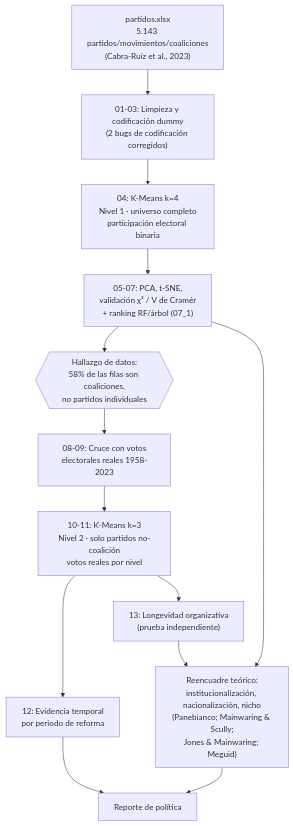
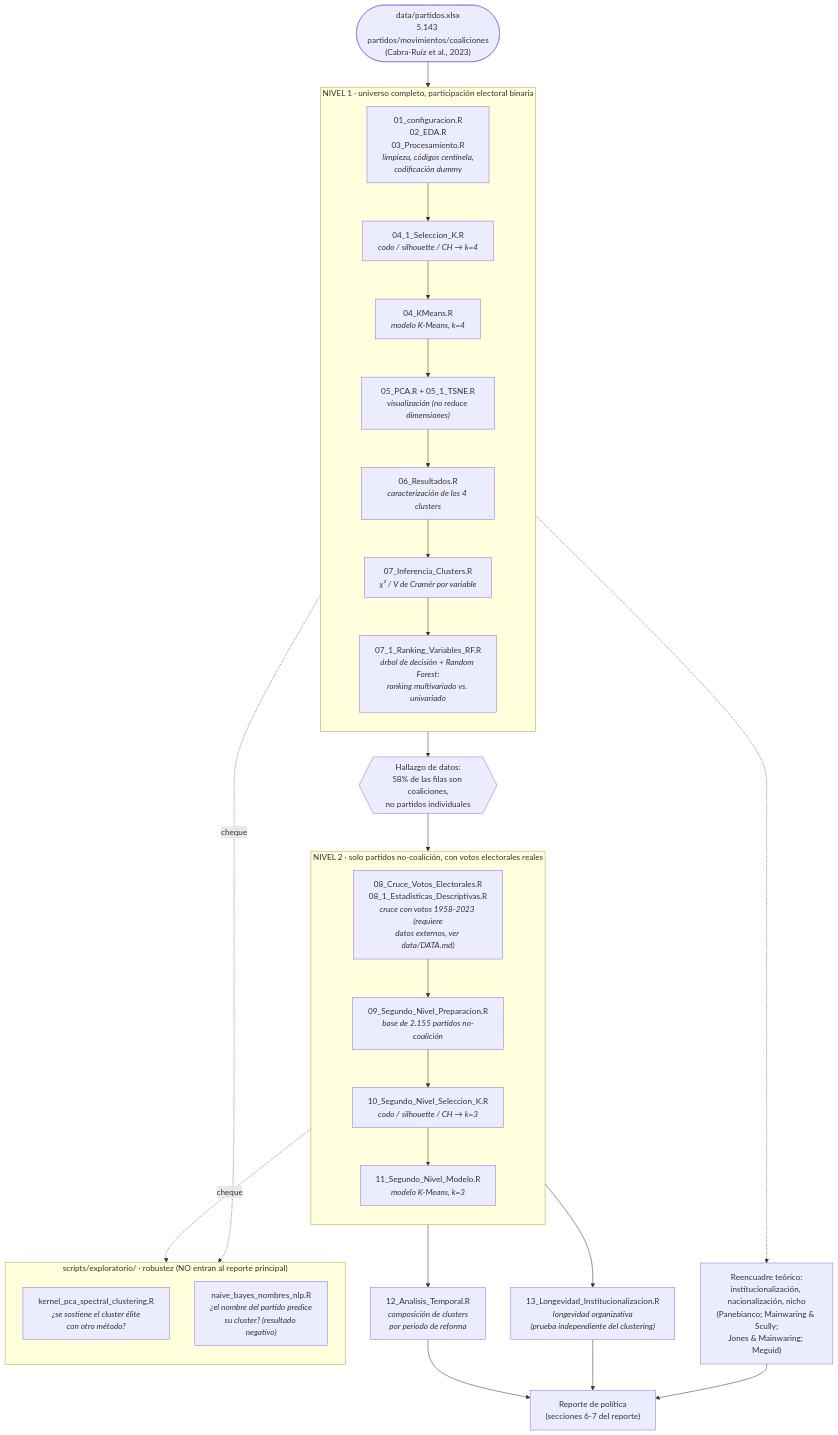
One commit to andrezconz/curso-machine-learning-2026-tf changed the diagram in README.md. Above: the diagram before and after it, drawn with Mermaid. The commit also changed other lines of this file and 2 other files, not shown here.

Commit message:
Generar Markdown

````diff
--- a/README.md
+++ b/README.md
@@ -75,15 +78,49 @@
 ```mermaid
 flowchart TD
-    A["partidos.xlsx<br/>5.143 partidos/movimientos/coaliciones<br/>(Cabra-Ruíz et al., 2023)"] --> B["01-03: Limpieza y codificación dummy<br/>(2 bugs de codificación corregidos)"]
-    B --> C["04: K-Means k=4<br/>Nivel 1 · universo completo<br/>participación electoral binaria"]
-    C --> D["05-07: PCA, t-SNE,<br/>validación χ² / V de Cramér<br/>+ ranking RF/árbol (07_1)"]
-    D --> E{{"Hallazgo de datos:<br/>58% de las filas son coaliciones,<br/>no partidos individuales"}}
-    E --> F["08-09: Cruce con votos<br/>electorales reales 1958-2023"]
-    F --> G["10-11: K-Means k=3<br/>Nivel 2 · solo partidos no-coalición<br/>votos reales por nivel"]
-    G --> H["12: Evidencia temporal<br/>por periodo de reforma"]
-    G --> I["13: Longevidad organizativa<br/>(prueba independiente)"]
-    D --> J["Reencuadre teórico:<br/>institucionalización, nacionalización, nicho<br/>(Panebianco; Mainwaring & Scully;<br/>Jones & Mainwaring; Meguid)"]
-    H --> K["Reporte de política"]
-    I --> J
-    J --> K
+    DATA(["data/partidos.xlsx<br/>5.143 partidos/movimientos/coaliciones<br/>(Cabra-Ruíz et al., 2023)"])
+
+    subgraph N1["NIVEL 1 · universo completo, participación electoral binaria"]
+        direction TB
+        S123["01_configuracion.R<br/>02_EDA.R<br/>03_Procesamiento.R<br/><i>limpieza, códigos centinela,<br/>codificación dummy</i>"]
+        S41K["04_1_Seleccion_K.R<br/><i>codo / silhouette / CH → k=4</i>"]
+        S4["04_KMeans.R<br/><i>modelo K-Means, k=4</i>"]
+        S5["05_PCA.R + 05_1_TSNE.R<br/><i>visualización (no reduce dimensiones)</i>"]
+        S6["06_Resultados.R<br/><i>caracterización de los 4 clusters</i>"]
+        S7["07_Inferencia_Clusters.R<br/><i>χ² / V de Cramér por variable</i>"]
+        S71["07_1_Ranking_Variables_RF.R<br/><i>árbol de decisión + Random Forest:<br/>ranking multivariado vs. univariado</i>"]
+        S123 --> S41K --> S4 --> S5 --> S6 --> S7 --> S71
+    end
+
+    DATA --> S123
+
+    S71 --> HALLAZGO{{"Hallazgo de datos:<br/>58% de las filas son coaliciones,<br/>no partidos individuales"}}
+
+    subgraph N2["NIVEL 2 · solo partidos no-coalición, con votos electorales reales"]
+        direction TB
+        S8["08_Cruce_Votos_Electorales.R<br/>08_1_Estadisticas_Descriptivas.R<br/><i>cruce con votos 1958-2023 (requiere<br/>datos externos, ver data/DATA.md)</i>"]
+        S9["09_Segundo_Nivel_Preparacion.R<br/><i>base de 2.155 partidos no-coalición</i>"]
+        S10["10_Segundo_Nivel_Seleccion_K.R<br/><i>codo / silhouette / CH → k=3</i>"]
+        S11["11_Segundo_Nivel_Modelo.R<br/><i>modelo K-Means, k=3</i>"]
+        S8 --> S9 --> S10 --> S11
+    end
+
+    HALLAZGO --> S8
+
+    S11 --> S12["12_Analisis_Temporal.R<br/><i>composición de clusters<br/>por periodo de reforma</i>"]
+    S11 --> S13["13_Longevidad_Institucionalizacion.R<br/><i>longevidad organizativa<br/>(prueba independiente del clustering)</i>"]
+
+    subgraph ROBUSTEZ["scripts/exploratorio/ · robustez (NO entran al reporte principal)"]
+        direction TB
+        EK["kernel_pca_spectral_clustering.R<br/><i>¿se sostiene el cluster élite<br/>con otro método?</i>"]
+        EN["naive_bayes_nombres_nlp.R<br/><i>¿el nombre del partido predice<br/>su cluster? (resultado negativo)</i>"]
+    end
+    S4 -.chequeo.-> EK
+    S11 -.chequeo.-> EN
+
+    TEORIA["Reencuadre teórico:<br/>institucionalización, nacionalización, nicho<br/>(Panebianco; Mainwaring & Scully;<br/>Jones & Mainwaring; Meguid)"]
+    S71 -.-> TEORIA
+
+    S12 --> REPORTE["Reporte de política<br/>(secciones 6-7 del reporte)"]
+    S13 --> REPORTE
+    TEORIA --> REPORTE
 ```
````
